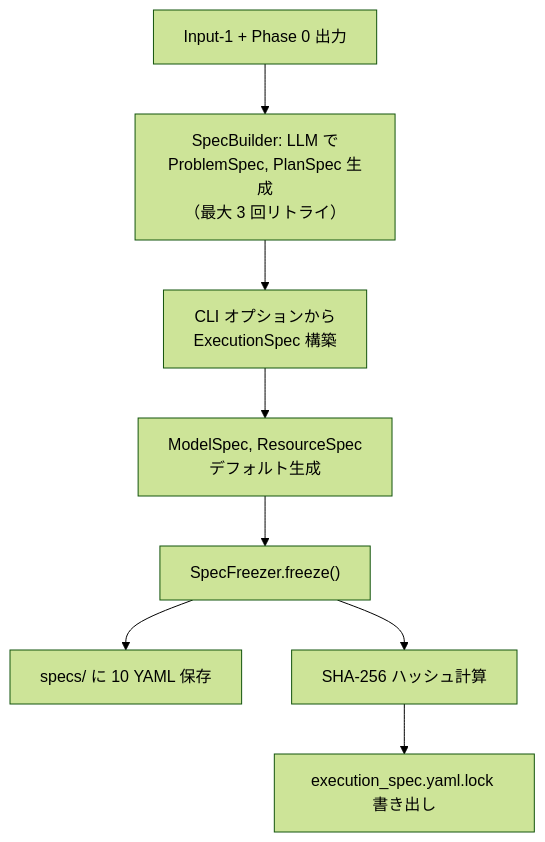
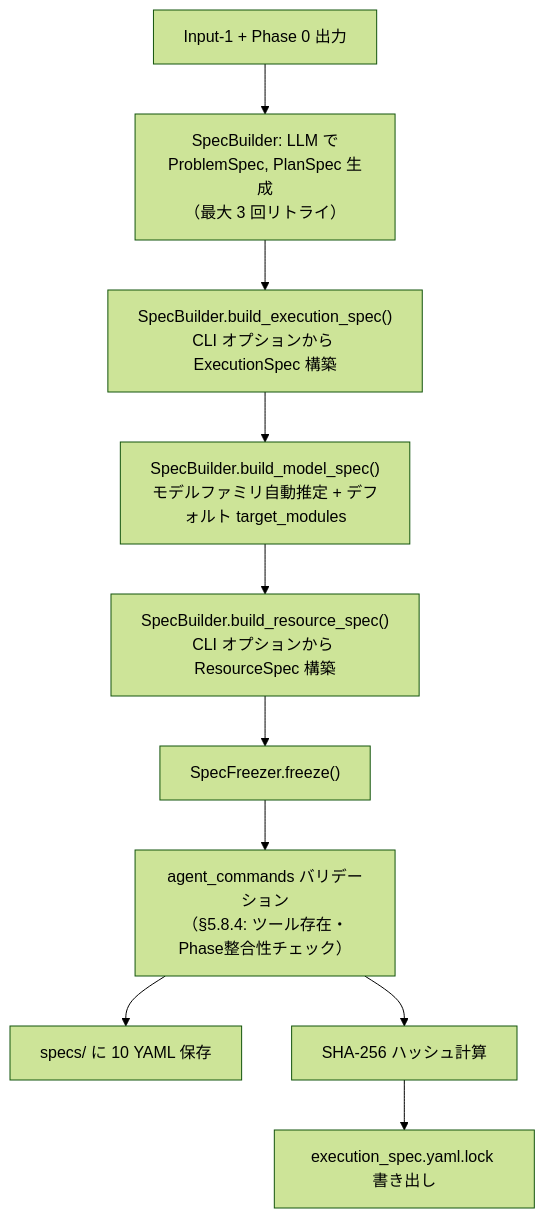
The fourth of 13 diagrams in docs/workflow.md (kotama7/SERA), drawn with Mermaid (forest theme) before and after one commit. The commit also changed other lines of this file and 82 other files, not shown here.

````diff
--- a/docs/workflow.md
+++ b/docs/workflow.md
@@ -159,10 +165,12 @@
 ```mermaid
 flowchart TD
     A[Input-1 + Phase 0 出力] --> B["SpecBuilder: LLM で<br/>ProblemSpec, PlanSpec 生成<br/>（最大 3 回リトライ）"]
-    B --> C[CLI オプションから<br/>ExecutionSpec 構築]
-    C --> D[ModelSpec, ResourceSpec<br/>デフォルト生成]
-    D --> E["SpecFreezer.freeze()"]
-    E --> F["specs/ に 10 YAML 保存"]
-    E --> G["SHA-256 ハッシュ計算"]
+    B --> C["SpecBuilder.build_execution_spec()<br/>CLI オプションから ExecutionSpec 構築"]
+    C --> D["SpecBuilder.build_model_spec()<br/>モデルファミリ自動推定 + デフォルト target_modules"]
+    D --> D2["SpecBuilder.build_resource_spec()<br/>CLI オプションから ResourceSpec 構築"]
+    D2 --> E["SpecFreezer.freeze()"]
+    E --> E2["agent_commands バリデーション<br/>（§5.8.4: ツール存在・Phase整合性チェック）"]
+    E2 --> F["specs/ に 10 YAML 保存"]
+    E2 --> G["SHA-256 ハッシュ計算"]
     G --> H["execution_spec.yaml.lock 書き出し"]
 ```
````
